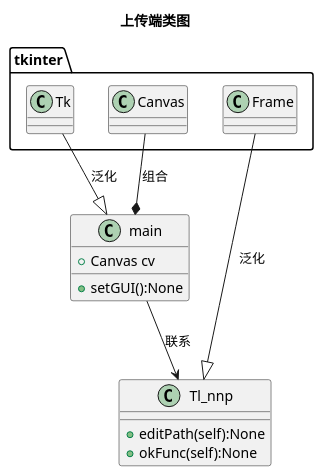
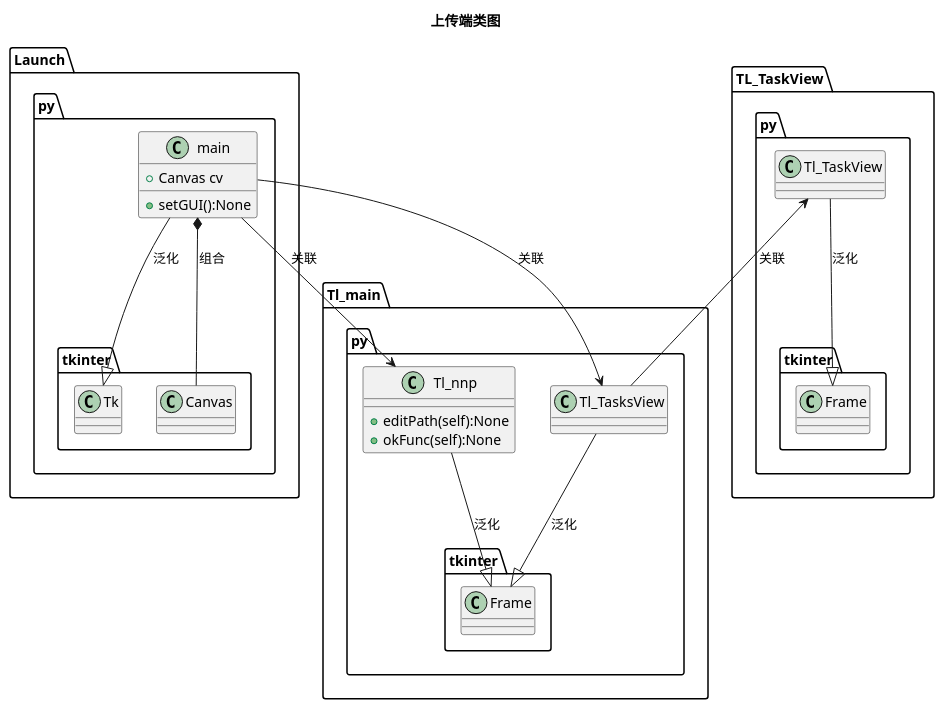
Before and after one commit to lmq624/Tools-for-students: the diagram in 上传端/上传端类图.iuml, drawn with PlantUML. The commit also changed 8 other files, not shown here.

Commit message:
[架构]很大程度上完善了上一提交，并初步完成了类图脚本的编辑

```diff
--- a/上传端/上传端类图.iuml
+++ b/上传端/上传端类图.iuml
@@ -1,23 +1,32 @@
 @startuml  
 
 title:上传端类图
 
+package "Launch.py"{
+    main : +Canvas cv
+    main : +setGUI():None
 
-tkinter.Tk --|> main : 泛化
-tkinter.Canvas --* main : 组合
-
-class main{
-    +Canvas cv
-    +setGUI():None
+    main --|> tkinter.Tk : 泛化
+    main *-- tkinter.Canvas : 组合
 }
 
-class Tl_nnp{
-    +editPath(self):None
-    +okFunc(self):None
+package "Tl_main.py"{
+    Tl_nnp : +editPath(self):None
+    Tl_nnp : +okFunc(self):None
+    
+    Tl_TasksView --|> tkinter.Frame : 泛化
+    Tl_nnp --|> tkinter.Frame : 泛化
+
+    main -> Tl_TasksView: 关联
+    main --> Tl_nnp: 关联
 }
 
-main --> Tl_nnp: 联系
-tkinter.Frame --|> Tl_nnp : 泛化
+package "TL_TaskView.py"{
+    Tl_TaskView <-- Tl_TasksView:关联
+    Tl_TaskView --|> tkinter.Frame : 泛化
+
+}
+
 
 
 @enduml
```
